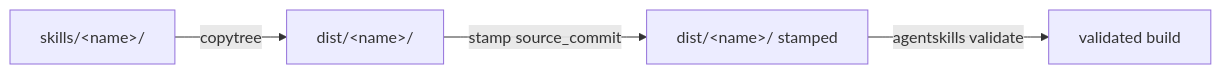
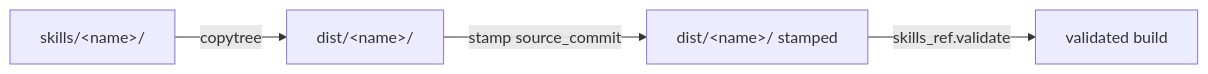
The diagram in docs/mechanisms/building.md (soliplex/soliplex-skills), drawn with Mermaid before and after one commit. The commit also changed other lines of this file and 4 other files, not shown here.

First line of the commit message:
fix: use 'skills_ref.validate' (#10)

````diff
--- a/docs/mechanisms/building.md
+++ b/docs/mechanisms/building.md
@@ -10,6 +10,6 @@
 ```mermaid
 flowchart LR
     S[skills/&lt;name&gt;/] -->|copytree| D[dist/&lt;name&gt;/]
     D -->|stamp source_commit| D2[dist/&lt;name&gt;/ stamped]
-    D2 -->|agentskills validate| OK[validated build]
+    D2 -->|skills_ref.validate| OK[validated build]
 ```
````
